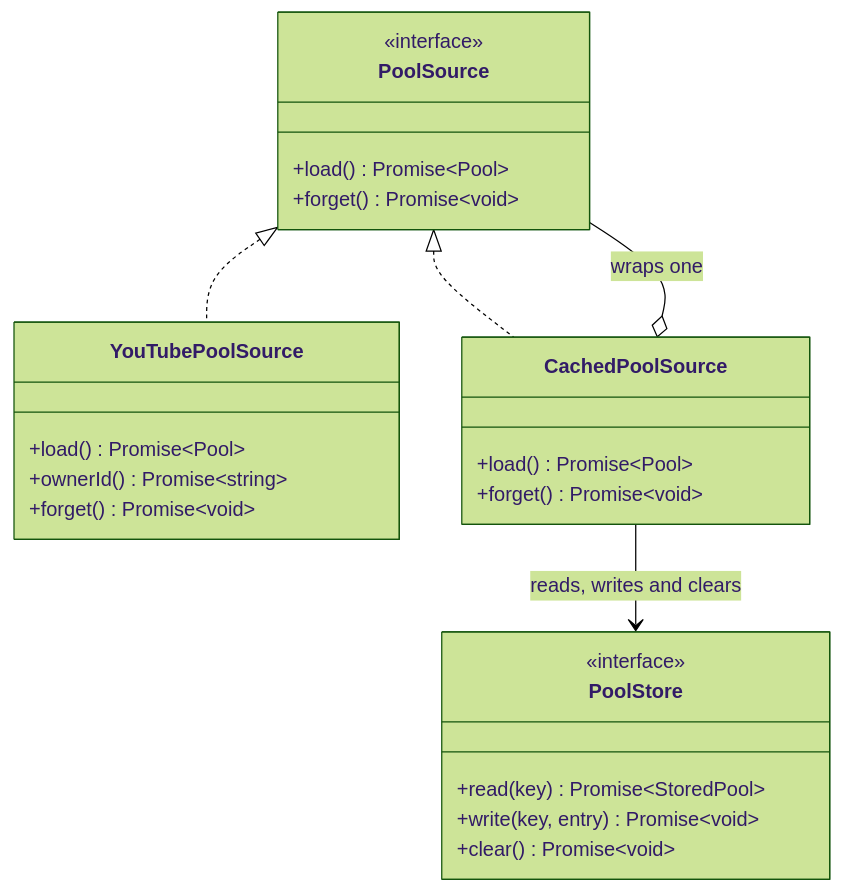
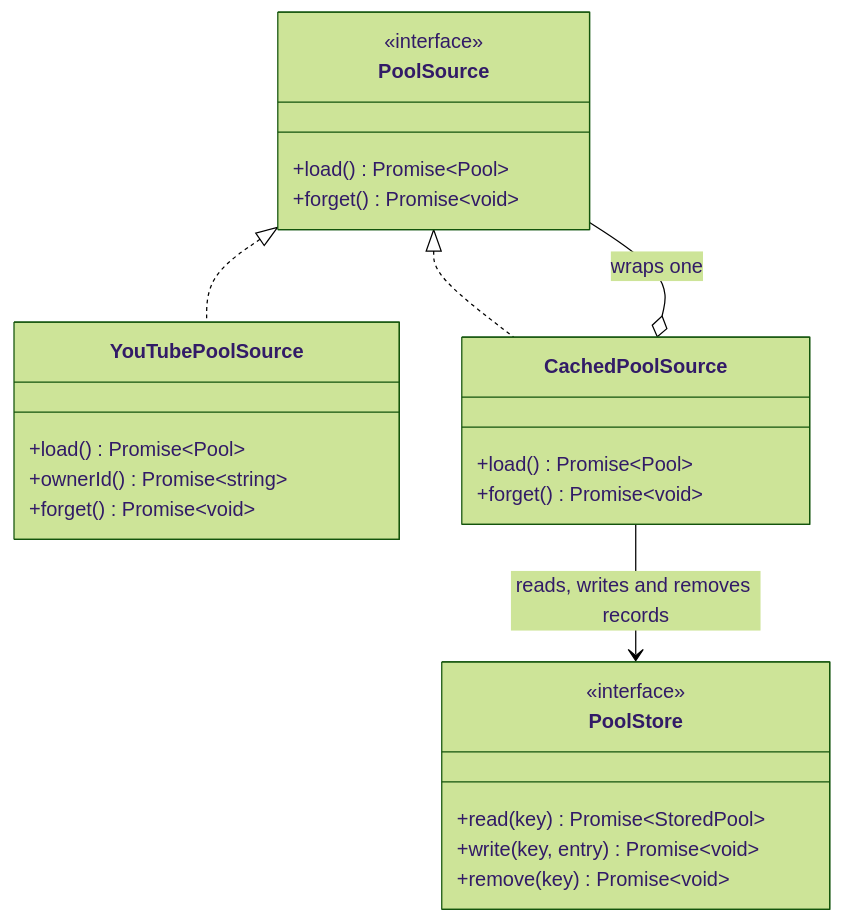
The third of 5 diagrams in docs/architecture/components.md (coolhandle01/telly), drawn with Mermaid (forest theme) before and after one commit. The commit also changed other lines of this file and 86 other files, not shown here.

````diff
--- a/docs/architecture/components.md
+++ b/docs/architecture/components.md
@@ -235,27 +235,27 @@
 ```mermaid
 classDiagram
   class PoolSource {
     <<interface>>
     +load() Promise~Pool~
     +forget() Promise~void~
   }
   class YouTubePoolSource {
     +load() Promise~Pool~
     +ownerId() Promise~string~
     +forget() Promise~void~
   }
   class CachedPoolSource {
     +load() Promise~Pool~
     +forget() Promise~void~
   }
   class PoolStore {
     <<interface>>
     +read(key) Promise~StoredPool~
     +write(key, entry) Promise~void~
-    +clear() Promise~void~
+    +remove(key) Promise~void~
   }
   PoolSource <|.. YouTubePoolSource
   PoolSource <|.. CachedPoolSource
   CachedPoolSource o-- PoolSource : wraps one
-  CachedPoolSource --> PoolStore : reads, writes and clears
+  CachedPoolSource --> PoolStore : reads, writes and removes records
 ```
````
